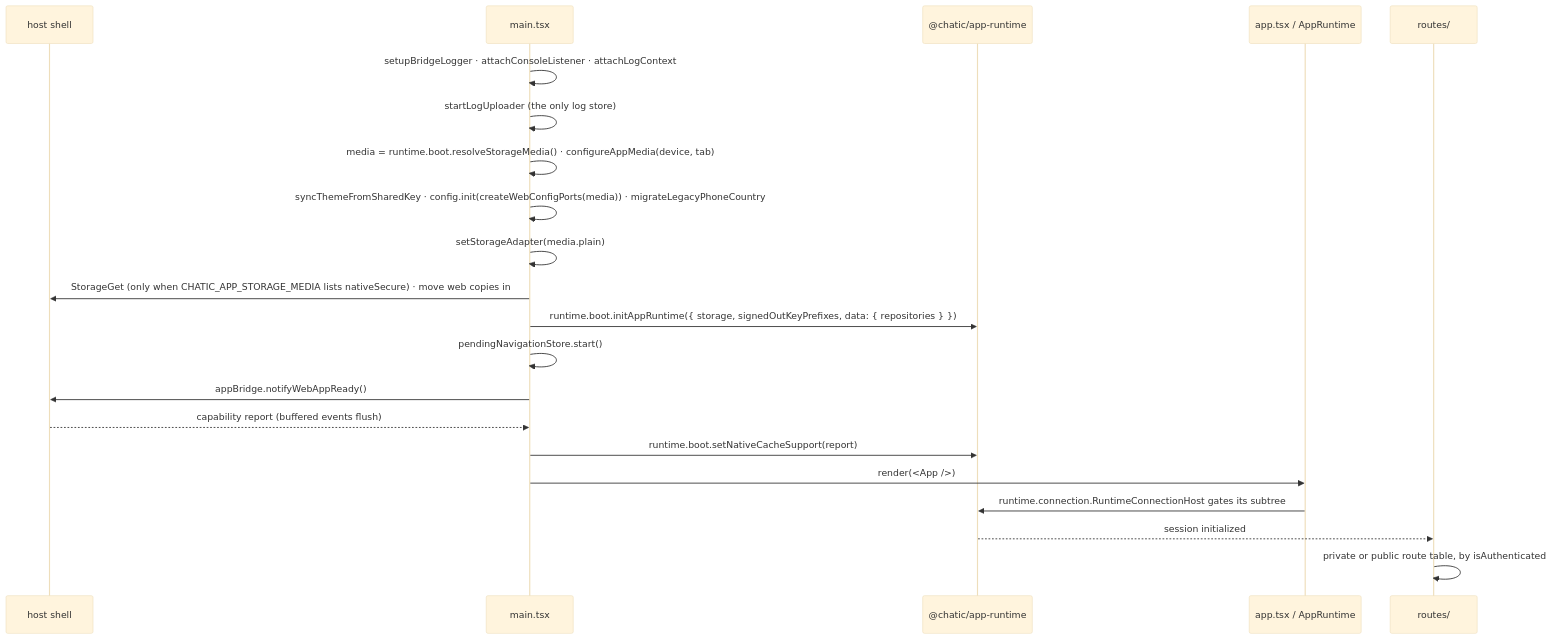
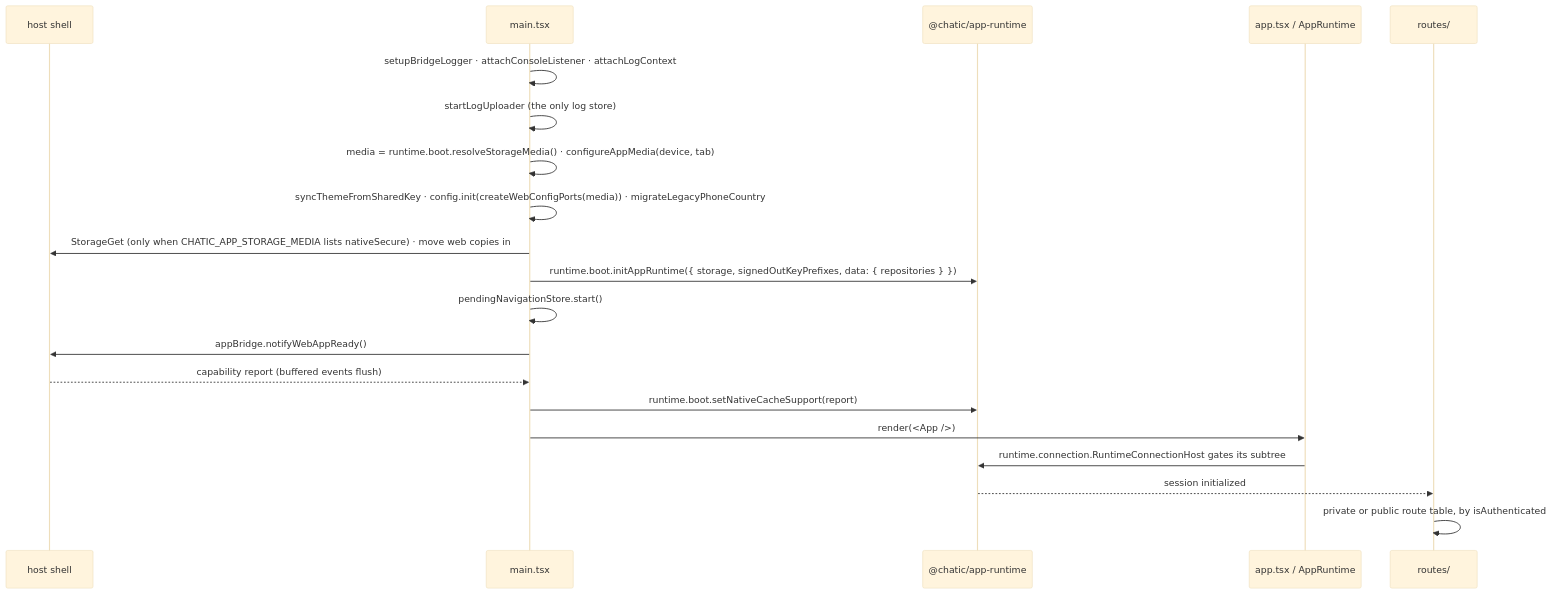
One commit to lemoncloud-io/dou-app changed the second of 2 diagrams in apps/web/README.md. Above: the diagram before and after it, drawn with Mermaid (base theme). The commit also changed other lines of this file and 48 other files, not shown here.

````diff
--- a/apps/web/README.md
+++ b/apps/web/README.md
@@ -146,24 +146,23 @@
 ```mermaid
 sequenceDiagram
     participant Shell as host shell
     participant Main as main.tsx
     participant RT as @chatic/app-runtime
     participant App as app.tsx / AppRuntime
     participant Router as routes/
 
     Main->>Main: setupBridgeLogger · attachConsoleListener · attachLogContext
     Main->>Main: startLogUploader (the only log store)
     Main->>Main: media = runtime.boot.resolveStorageMedia() · configureAppMedia(device, tab)
     Main->>Main: syncThemeFromSharedKey · config.init(createWebConfigPorts(media)) · migrateLegacyPhoneCountry
-    Main->>Main: setStorageAdapter(media.plain)
     Main->>Shell: StorageGet (only when CHATIC_APP_STORAGE_MEDIA lists nativeSecure) · move web copies in
     Main->>RT: runtime.boot.initAppRuntime({ storage, signedOutKeyPrefixes, data: { repositories } })
     Main->>Main: pendingNavigationStore.start()
     Main->>Shell: appBridge.notifyWebAppReady()
     Shell-->>Main: capability report (buffered events flush)
     Main->>RT: runtime.boot.setNativeCacheSupport(report)
     Main->>App: render(<App />)
     App->>RT: runtime.connection.RuntimeConnectionHost gates its subtree
     RT-->>Router: session initialized
     Router->>Router: private or public route table, by isAuthenticated
 ```
````
